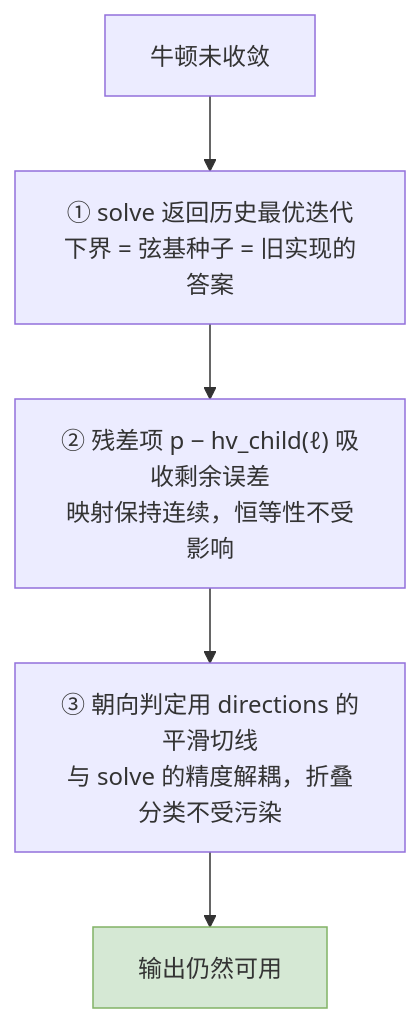
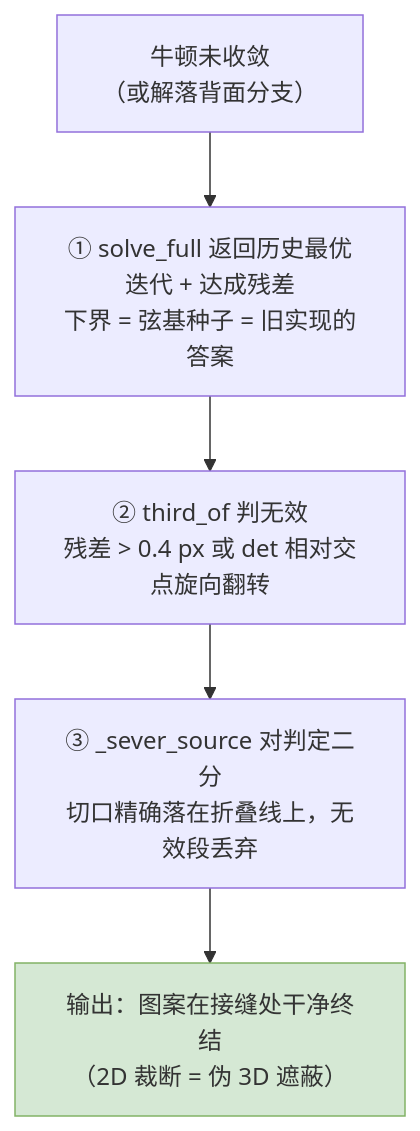
Before and after one commit to Nice9Tian/AnimeAn: the fourth of 4 diagrams in docs/point_mapping_newton.md, drawn with Mermaid. The commit also changed other lines of this file and 4 other files, not shown here.

````diff
--- a/docs/point_mapping_newton.md
+++ b/docs/point_mapping_newton.md
@@ -445,9 +459,9 @@
 ```mermaid
 flowchart TD
-    F["牛顿未收敛"] --> R1["① solve 返回历史最优迭代<br/>下界 = 弦基种子 = 旧实现的答案"]
-    R1 --> R2["② 残差项 p − hv_child(ℓ) 吸收剩余误差<br/>映射保持连续，恒等性不受影响"]
-    R2 --> R3["③ 朝向判定用 directions 的平滑切线<br/>与 solve 的精度解耦，折叠分类不受污染"]
-    R3 --> OKK["输出仍然可用"]
+    F["牛顿未收敛<br/>（或解落背面分支）"] --> R1["① solve_full 返回历史最优迭代 + 达成残差<br/>下界 = 弦基种子 = 旧实现的答案"]
+    R1 --> R2["② third_of 判无效<br/>残差 > 0.4 px 或 det 相对交点旋向翻转"]
+    R2 --> R3["③ _sever_source 对判定二分<br/>切口精确落在折叠线上，无效段丢弃"]
+    R3 --> OKK["输出：图案在接缝处干净终结<br/>（2D 裁断 = 伪 3D 遮蔽）"]
 
     style OKK fill:#d5e8d4,stroke:#82b366
 ```
````
